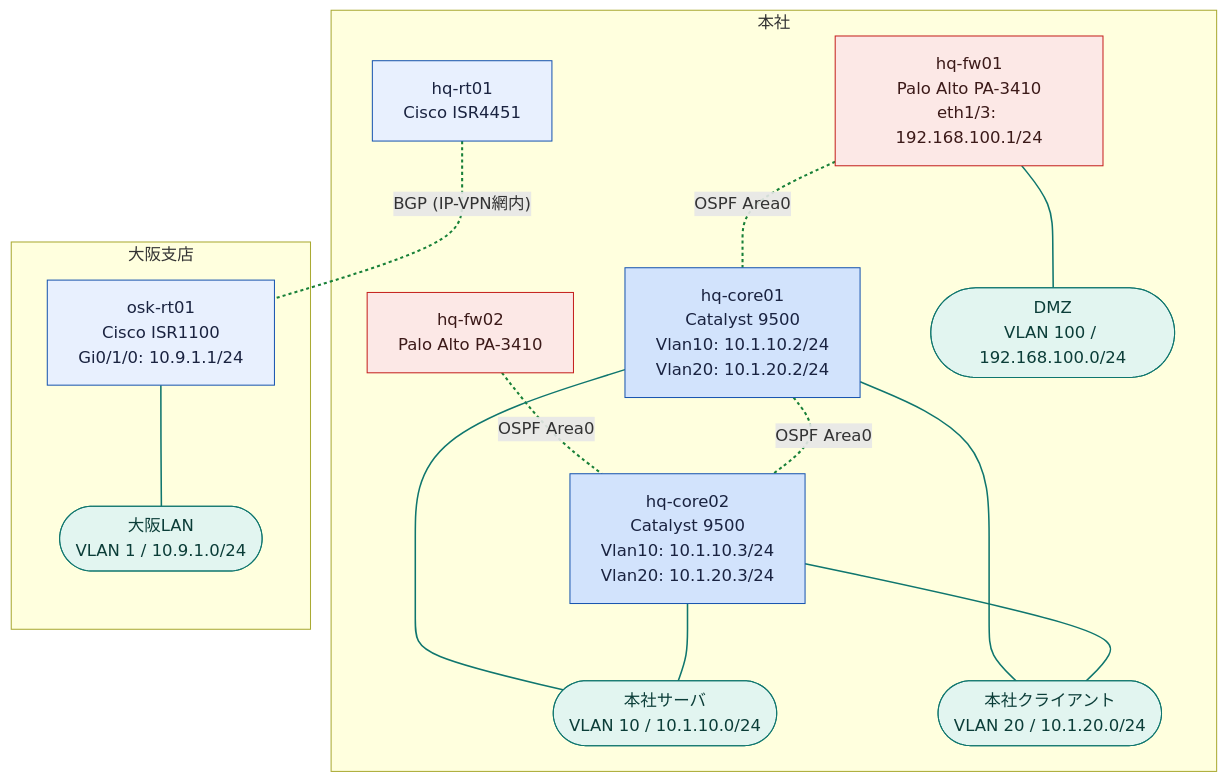
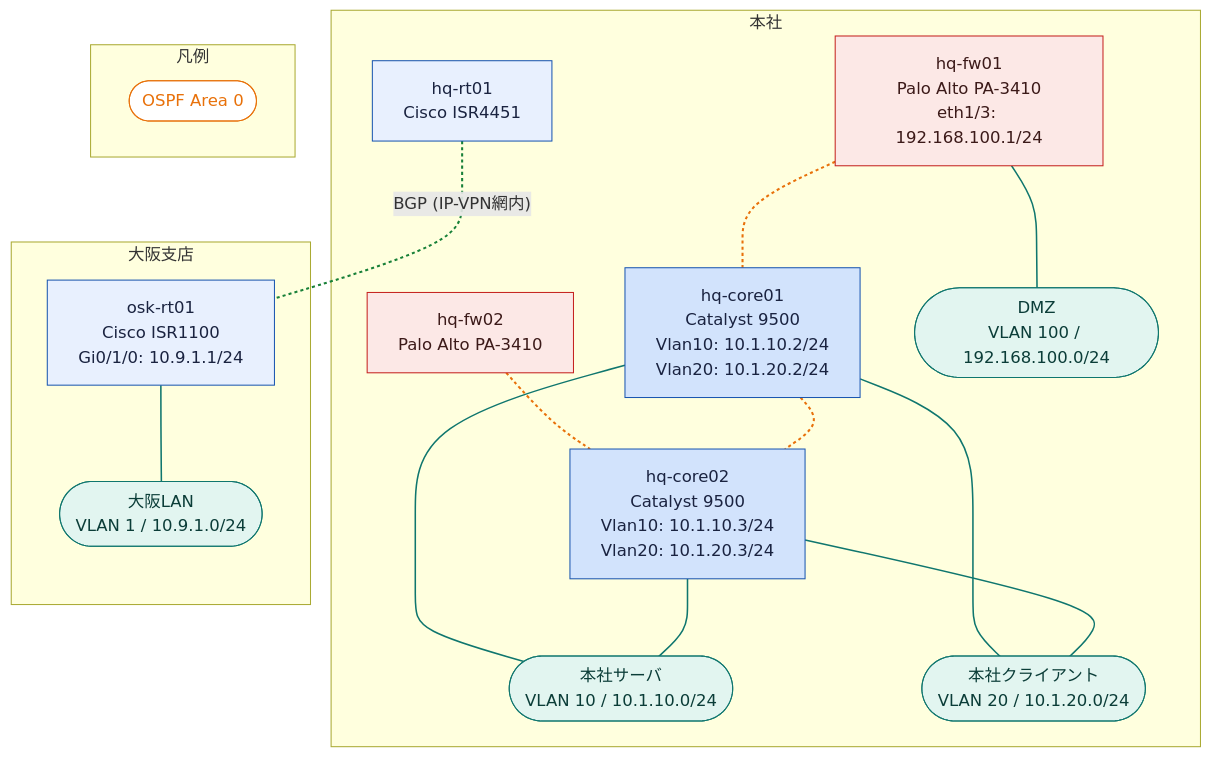
One commit to thinas1115/nwdsl changed the diagram in examples/complex-lan/generated/logical-all.mmd. Above: the diagram before and after it, drawn with Mermaid. The commit also changed 28 other files, not shown here.

```diff
--- a/examples/complex-lan/generated/logical-all.mmd
+++ b/examples/complex-lan/generated/logical-all.mmd
@@ -1,43 +1,49 @@
 flowchart TB
   subgraph sg_hq["本社"]
     hq_fw01["hq-fw01<br>Palo Alto PA-3410<br>eth1/3: 192.168.100.1/24"]
     hq_core01["hq-core01<br>Catalyst 9500<br>Vlan10: 10.1.10.2/24<br>Vlan20: 10.1.20.2/24"]
     hq_fw02["hq-fw02<br>Palo Alto PA-3410"]
     hq_core02["hq-core02<br>Catalyst 9500<br>Vlan10: 10.1.10.3/24<br>Vlan20: 10.1.20.3/24"]
     hq_rt01["hq-rt01<br>Cisco ISR4451"]
     seg__hq_server(["本社サーバ<br>VLAN 10 / 10.1.10.0/24"])
     seg__hq_client(["本社クライアント<br>VLAN 20 / 10.1.20.0/24"])
     seg__hq_dmz(["DMZ<br>VLAN 100 / 192.168.100.0/24"])
   end
   subgraph sg_osk["大阪支店"]
     osk_rt01["osk-rt01<br>Cisco ISR1100<br>Gi0/1/0: 10.9.1.1/24"]
     seg__osk_lan(["大阪LAN<br>VLAN 1 / 10.9.1.0/24"])
   end
-  hq_fw01 ---|"OSPF Area0"| hq_core01
-  hq_fw02 ---|"OSPF Area0"| hq_core02
-  hq_core01 ---|"OSPF Area0"| hq_core02
+  hq_fw01 --- hq_core01
+  hq_fw02 --- hq_core02
+  hq_core01 --- hq_core02
   hq_rt01 ---|"BGP (IP-VPN網内)"| osk_rt01
   hq_core01 --- seg__hq_server
   hq_core02 --- seg__hq_server
   hq_core01 --- seg__hq_client
   hq_core02 --- seg__hq_client
   hq_fw01 --- seg__hq_dmz
   osk_rt01 --- seg__osk_lan
+  subgraph legend["凡例"]
+    lg0(["OSPF Area 0"])
+  end
 
   classDef node_dim fill:#f8f9fa,stroke:#dadce0,color:#bdc1c6
   classDef node_failed fill:#fce8e6,stroke:#c5221f,color:#3c1a19
   classDef role_router fill:#e8f0fe,stroke:#1a56b0,color:#1a2340
   classDef role_l3switch fill:#d2e3fc,stroke:#1a56b0,color:#1a2340
   classDef role_l2switch fill:#e6f4ea,stroke:#137333,color:#1a2e1f
   classDef role_firewall fill:#fce8e6,stroke:#c5221f,color:#3c1a19
   classDef role_other fill:#f1f3f4,stroke:#5f6368,color:#202124
   classDef node_cloud fill:#f1f3f4,stroke:#5f6368,color:#202124
   classDef node_site fill:#fff8e1,stroke:#b58105,color:#4a3a08
   classDef node_segment fill:#e2f5f0,stroke:#0f766e,color:#0b3d38
   classDef node_external fill:#ffffff,stroke:#9aa0a6,stroke-dasharray:3 3,color:#5f6368
   class hq_fw01,hq_fw02 role_firewall
   class hq_core01,hq_core02 role_l3switch
   class hq_rt01,osk_rt01 role_router
   class seg__hq_server,seg__hq_client,seg__hq_dmz,seg__osk_lan node_segment
-  linkStyle 0,1,2,3 stroke:#188038,stroke-width:2px,stroke-dasharray:3 3
+  linkStyle 3 stroke:#188038,stroke-width:2px,stroke-dasharray:3 3
   linkStyle 4,5,6,7,8,9 stroke:#0f766e,stroke-width:1.5px
+  linkStyle 0,1,2 stroke:#e8710a,stroke-width:2px,stroke-dasharray:3 3
+  classDef dom0 fill:#ffffff,stroke:#e8710a,color:#e8710a
+  class lg0 dom0
```
